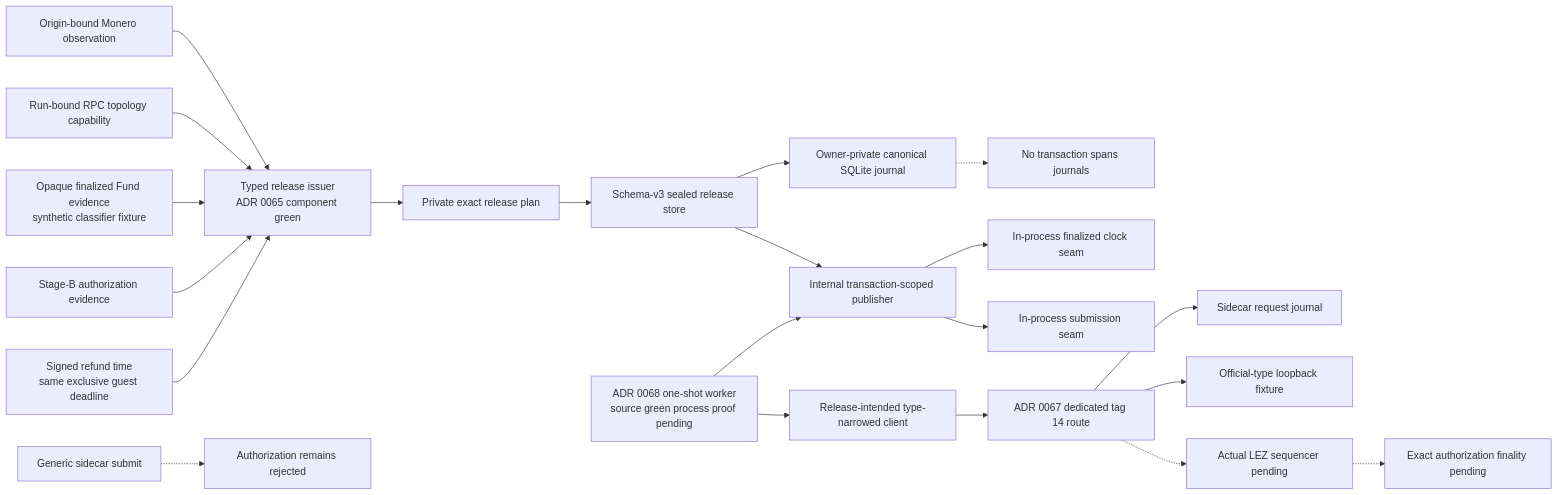
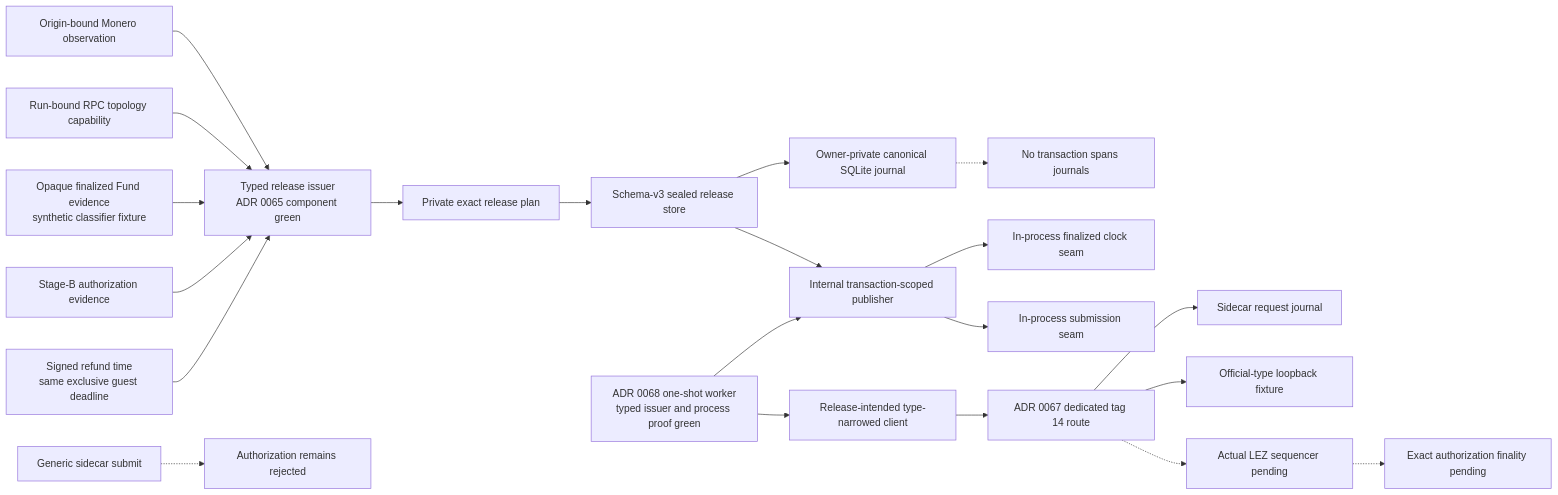
One commit to gateway-fm/lez-atomic-swaps changed the first of 2 diagrams in docs/architecture/0064-gate-xmr-publication-through-sealed-journal.md. Above: the diagram before and after it, drawn with Mermaid. The commit also changed 17 other files, not shown here.

Commit message:
test(m4): prove release worker process restart

````diff
--- a/docs/architecture/0064-gate-xmr-publication-through-sealed-journal.md
+++ b/docs/architecture/0064-gate-xmr-publication-through-sealed-journal.md
@@ -46,23 +46,23 @@
 ```mermaid
 flowchart LR
     Observation["Origin-bound Monero observation"] --> Issuer["Typed release issuer<br/>ADR 0065 component green"]
     Topology["Run-bound RPC topology capability"] --> Issuer
     Fund["Opaque finalized Fund evidence<br/>synthetic classifier fixture"] --> Issuer
     StageB["Stage-B authorization evidence"] --> Issuer
     Deadline["Signed refund time<br/>same exclusive guest deadline"] --> Issuer
     Issuer --> Plan["Private exact release plan"]
     Plan --> Store["Schema-v3 sealed release store"]
     Store --> Journal["Owner-private canonical SQLite journal"]
     Store --> Publisher["Internal transaction-scoped publisher"]
     Publisher --> TestClock["In-process finalized clock seam"]
     Publisher --> TestTransport["In-process submission seam"]
-    ReleaseService["ADR 0068 one-shot worker<br/>source green process proof pending"] --> Publisher
+    ReleaseService["ADR 0068 one-shot worker<br/>typed issuer and process proof green"] --> Publisher
     ReleaseService --> ReleaseClient["Release-intended type-narrowed client"]
     ReleaseClient --> Route["ADR 0067 dedicated tag 14 route"]
     Route --> SideJournal["Sidecar request journal"]
     Route --> Fixture["Official-type loopback fixture"]
     Route -.-> ActualNode["Actual LEZ sequencer pending"]
     ActualNode -.-> Finality["Exact authorization finality pending"]
     Journal -.-> SideJournalNote["No transaction spans journals"]
     Generic["Generic sidecar submit"] -.-> Rejected["Authorization remains rejected"]
 ```
````
